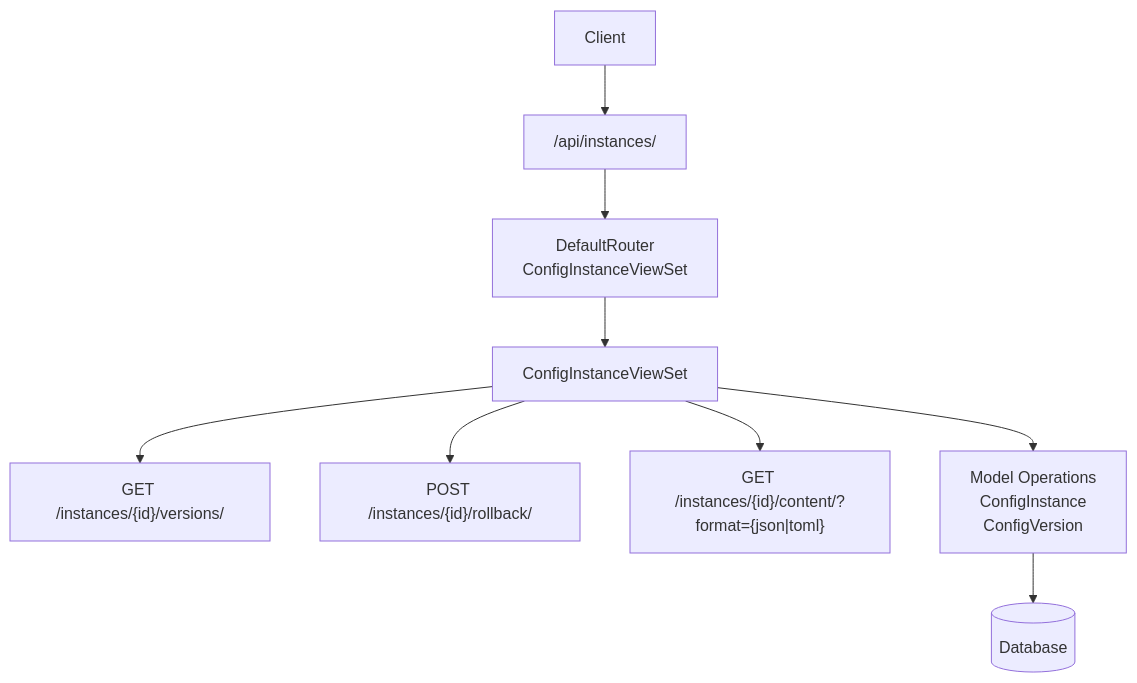
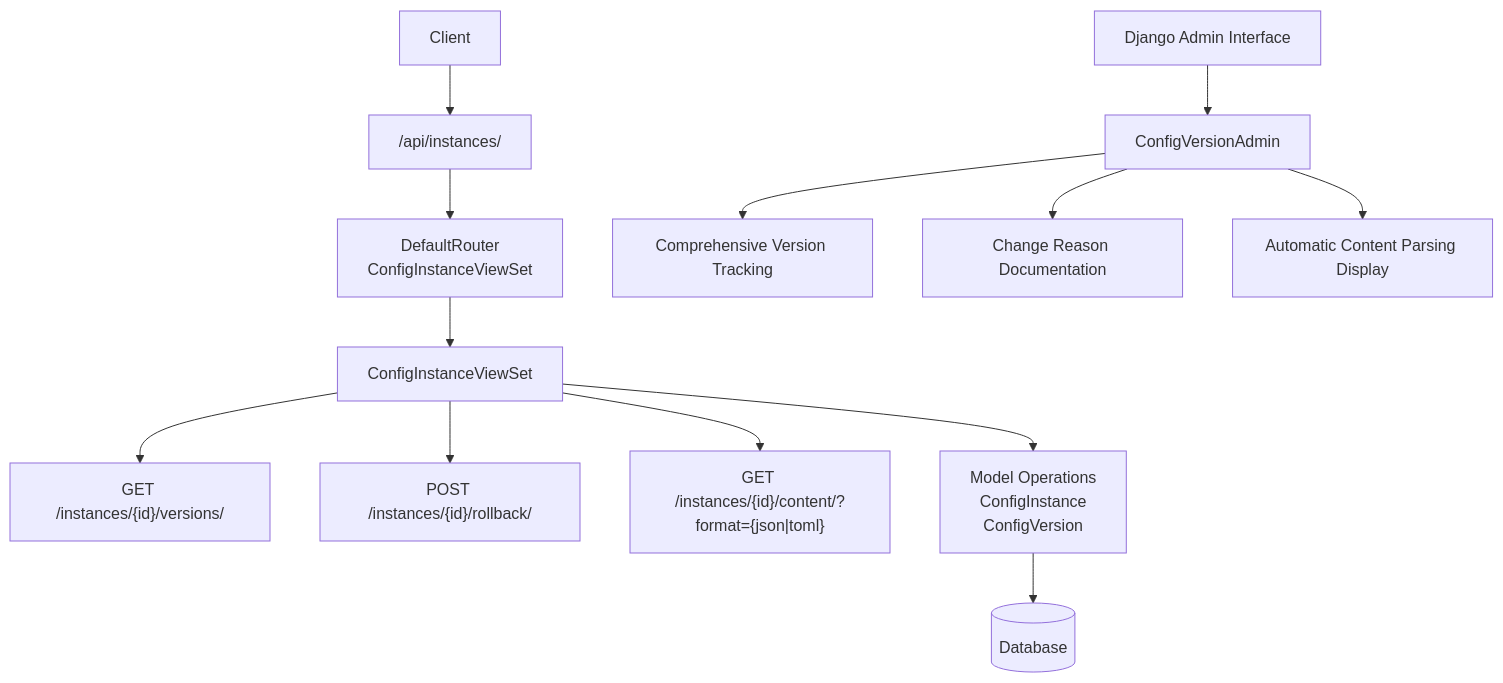
One commit to fengyong/ai-ops changed the first of 9 diagrams in .qoder/repowiki/en/content/Backend API Documentation/Version Control API.md. Above: the diagram before and after it, drawn with Mermaid. The commit also changed other lines of this file and 7 other files, not shown here.

````diff
--- a/.qoder/repowiki/en/content/Backend API Documentation/Version Control API.md
+++ b/.qoder/repowiki/en/content/Backend API Documentation/Version Control API.md
@@ -34,11 +44,15 @@
 ```mermaid
 graph TB
 Client["Client"] --> API["/api/instances/"]
 API --> Router["DefaultRouter<br/>ConfigInstanceViewSet"]
 Router --> ViewSet["ConfigInstanceViewSet"]
 ViewSet --> VersionsAction["GET /instances/{id}/versions/"]
 ViewSet --> RollbackAction["POST /instances/{id}/rollback/"]
 ViewSet --> ContentAction["GET /instances/{id}/content/?format={json|toml}"]
 ViewSet --> ModelOps["Model Operations<br/>ConfigInstance<br/>ConfigVersion"]
 ModelOps --> DB[("Database")]
+Admin["Django Admin Interface"] --> ConfigVersionAdmin["ConfigVersionAdmin"]
+ConfigVersionAdmin --> VersionTracking["Comprehensive Version Tracking"]
+ConfigVersionAdmin --> ChangeReason["Change Reason Documentation"]
+ConfigVersionAdmin --> ContentParsing["Automatic Content Parsing Display"]
 ```
````
